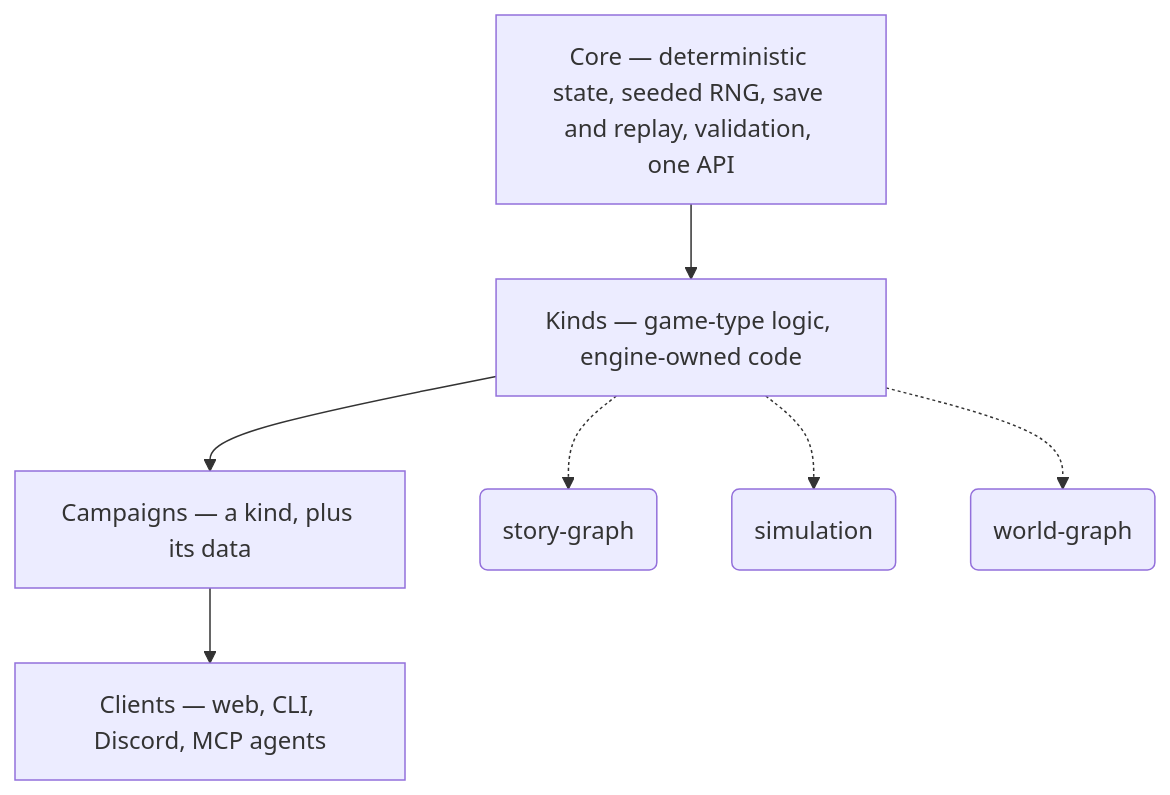
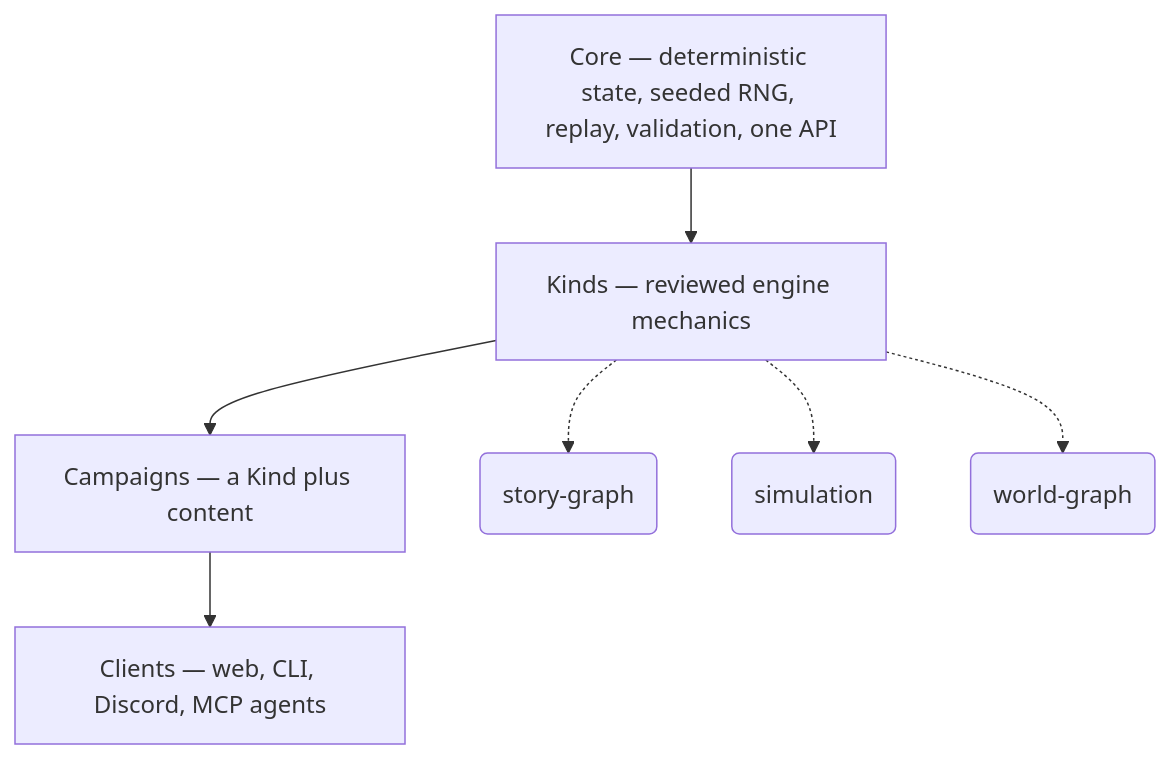
One commit to The-Running-Dev/SubZeroDev.GameEngine changed the diagram in README.md. Above: the diagram before and after it, drawn with Mermaid. The commit also changed other lines of this file and 1 other file, not shown here.

````diff
--- a/README.md
+++ b/README.md
@@ -36,13 +67,13 @@
 ```mermaid
 flowchart TD
-    Core["Core — deterministic state, seeded RNG, save and replay, validation, one API"]
-    Kinds["Kinds — game-type logic, engine-owned code"]
-    Campaigns["Campaigns — a kind, plus its data"]
+    Core["Core — deterministic state, seeded RNG, replay, validation, one API"]
+    Kinds["Kinds — reviewed engine mechanics"]
+    Campaigns["Campaigns — a Kind plus content"]
     Clients["Clients — web, CLI, Discord, MCP agents"]
 
     Core --> Kinds --> Campaigns --> Clients
 
     Kinds -.-> SG(story-graph)
     Kinds -.-> SIM(simulation)
     Kinds -.-> WG(world-graph)
 ```
````
